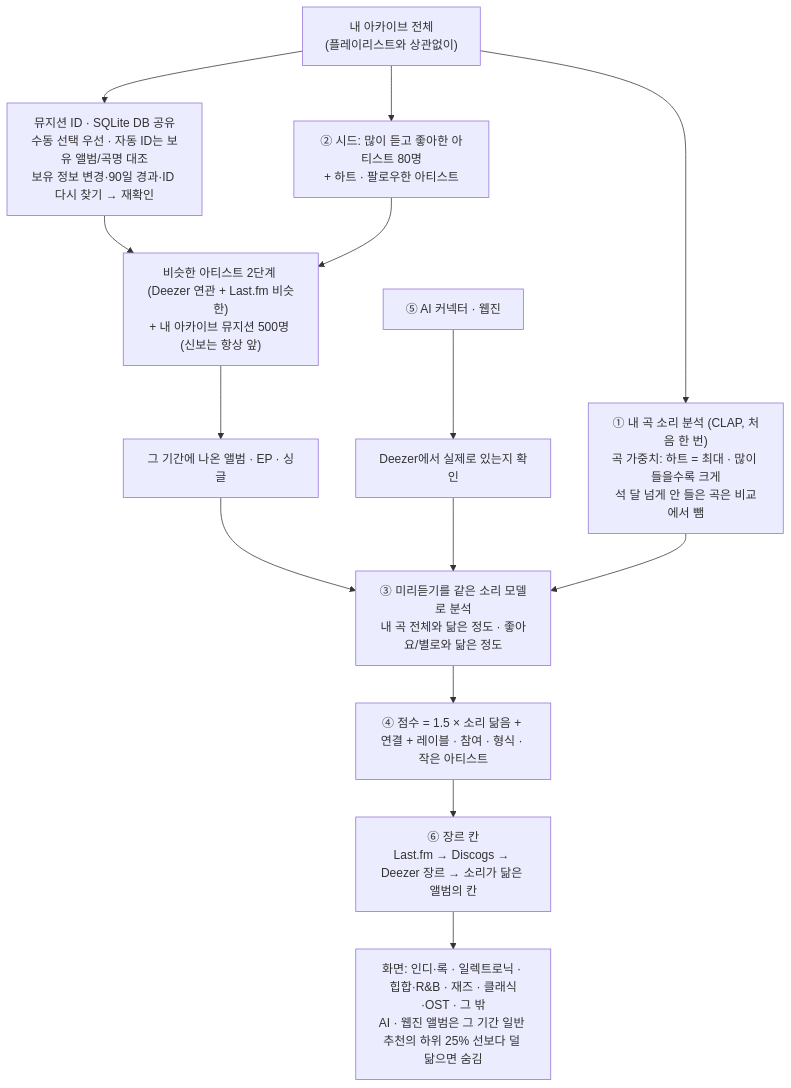
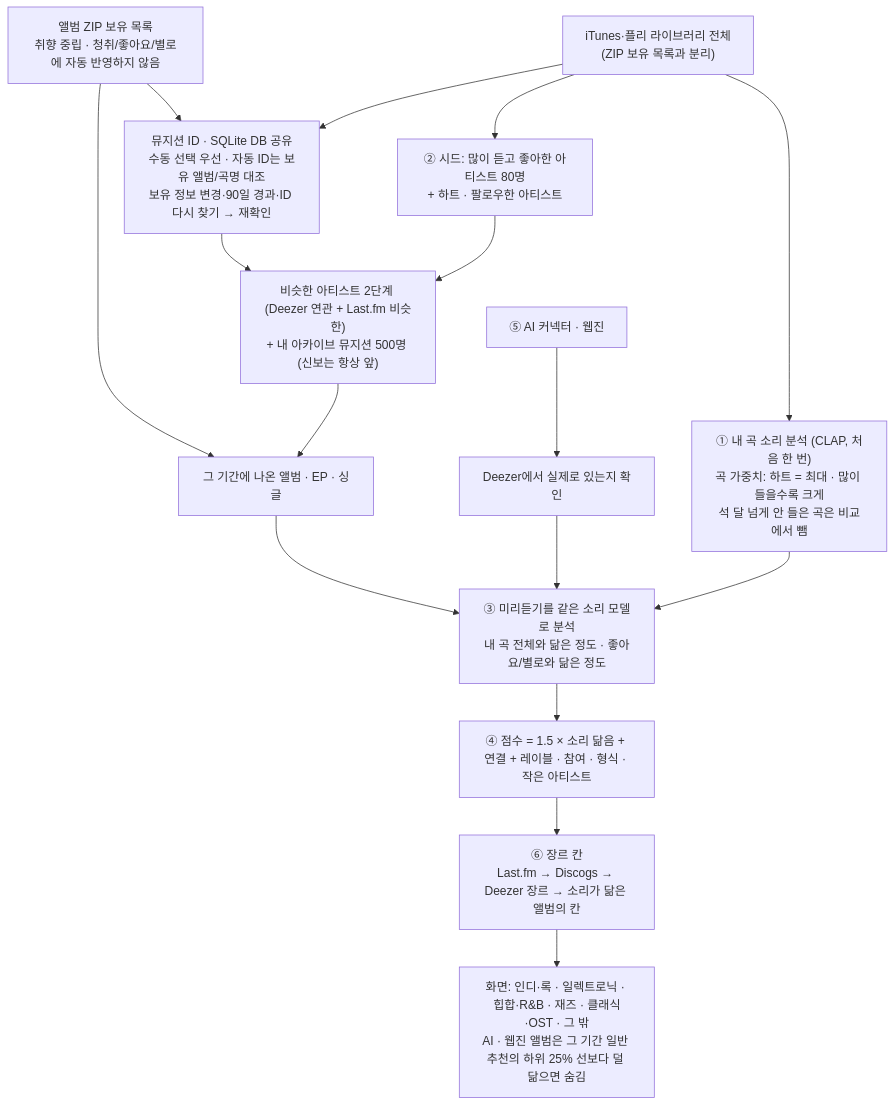
Before and after one commit to plastiqvox/RecipeSong: the diagram in docs/recommendation.md, drawn with Mermaid. The commit also changed other lines of this file and 26 other files, not shown here.

````diff
--- a/docs/recommendation.md
+++ b/docs/recommendation.md
@@ -11,17 +11,20 @@
 ```mermaid
 flowchart TD
-    lib["내 아카이브 전체<br/>(플레이리스트와 상관없이)"]
+    lib["iTunes·플리 라이브러리 전체<br/>(ZIP 보유 목록과 분리)"]
+    zip["앨범 ZIP 보유 목록<br/>취향 중립 · 청취/좋아요/별로에 자동 반영하지 않음"]
+    zip --> ids
+    zip --> rel
     lib --> emb["① 내 곡 소리 분석 (CLAP, 처음 한 번)<br/>곡 가중치: 하트 = 최대 · 많이 들을수록 크게<br/>석 달 넘게 안 들은 곡은 비교에서 뺌"]
     lib --> seed["② 시드: 많이 듣고 좋아한 아티스트 80명<br/>+ 하트 · 팔로우한 아티스트"]
     lib --> ids["뮤지션 ID · SQLite DB 공유<br/>수동 선택 우선 · 자동 ID는 보유 앨범/곡명 대조<br/>보유 정보 변경·90일 경과·ID 다시 찾기 → 재확인"]
     ids --> pool
     seed --> pool["비슷한 아티스트 2단계 (Deezer 연관 + Last.fm 비슷한)<br/>+ 내 아카이브 뮤지션 500명 (신보는 항상 앞)"]
     pool --> rel["그 기간에 나온 앨범 · EP · 싱글"]
     ext["⑤ AI 커넥터 · 웹진"] --> dz["Deezer에서 실제로 있는지 확인"]
     rel --> listen["③ 미리듣기를 같은 소리 모델로 분석<br/>내 곡 전체와 닮은 정도 · 좋아요/별로와 닮은 정도"]
     dz --> listen
     emb --> listen
     listen --> score["④ 점수 = 1.5 × 소리 닮음 + 연결 + 레이블 · 참여 · 형식 · 작은 아티스트"]
     score --> group["⑥ 장르 칸<br/>Last.fm → Discogs → Deezer 장르 → 소리가 닮은 앨범의 칸"]
     group --> show["화면: 인디·록 · 일렉트로닉 · 힙합·R&B · 재즈 · 클래식·OST · 그 밖<br/>AI · 웹진 앨범은 그 기간 일반 추천의 하위 25% 선보다 덜 닮으면 숨김"]
 ```
````
